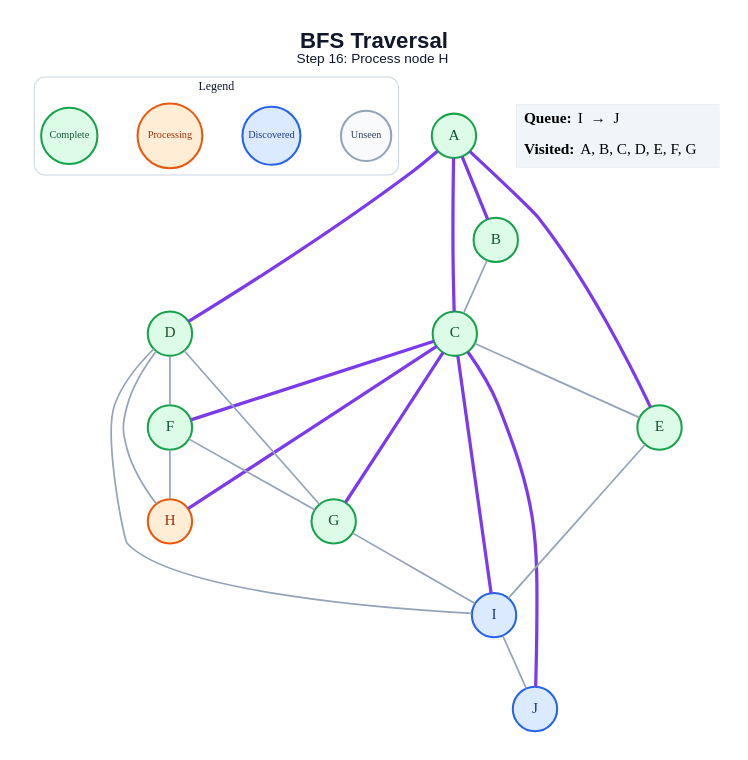
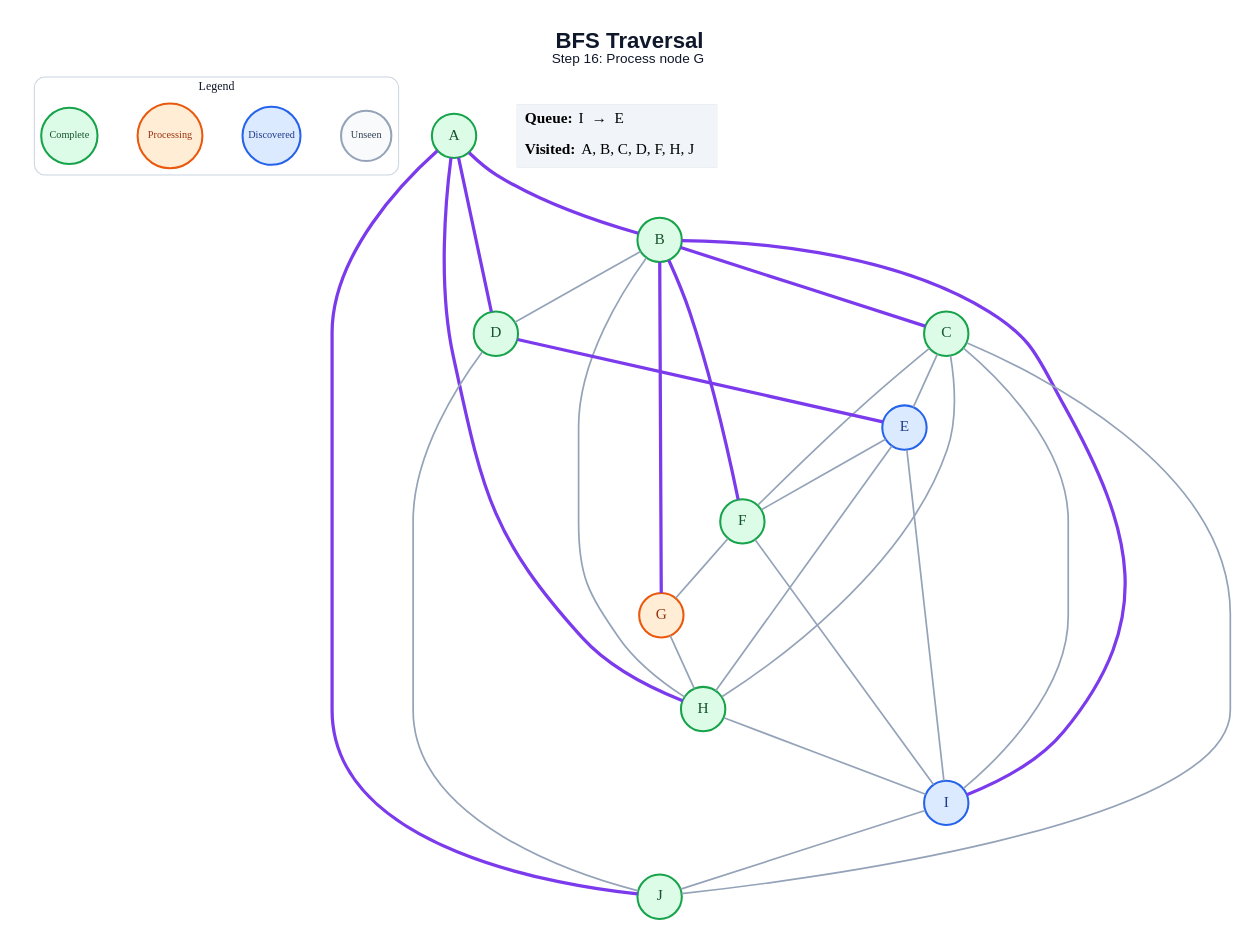
Before and after one commit to amanghodawala9/ai-slop: the diagram in generated/bfs/step_16.dot, drawn with Graphviz. The commit also changed 178 other files, not shown here.

```diff
--- a/generated/bfs/step_16.dot
+++ b/generated/bfs/step_16.dot
@@ -1,49 +1,54 @@
 graph traversal {
   graph [layout=dot, rankdir=TB, bgcolor="#FFFFFF", pad="0.35", nodesep="0.65", ranksep="0.8", fontname="Arial"];
   node [shape=circle, style="filled", fontname="Arial Bold", fontsize=18, width=0.72, fixedsize=true, penwidth=2.4];
   edge [color="#94A3B8", penwidth=2.0];
-  label=<<B>BFS Traversal</B><BR/><FONT POINT-SIZE="16">Step 16: Process node H</FONT>>; labelloc="t"; fontsize=26; fontname="Arial"; fontcolor="#0F172A";
+  label=<<B>BFS Traversal</B><BR/><FONT POINT-SIZE="16">Step 16: Process node G</FONT>>; labelloc="t"; fontsize=26; fontname="Arial"; fontcolor="#0F172A";
   subgraph cluster_legend { label="Legend"; color="#CBD5E1"; penwidth=1.2; style="rounded"; fontsize=14; fontname="Arial Bold";
     key_unseen [label="Unseen", fillcolor="#F8FAFC", color="#94A3B8", fontcolor="#334155", fontsize=12, width=0.82];
     key_frontier [label="Discovered", fillcolor="#DBEAFE", color="#2563EB", fontcolor="#1E3A8A", fontsize=12, width=0.95];
     key_current [label="Processing", fillcolor="#FFEDD5", color="#EA580C", fontcolor="#9A3412", fontsize=12, width=1.05];
     key_done [label="Complete", fillcolor="#DCFCE7", color="#16A34A", fontcolor="#14532D", fontsize=12, width=0.92];
     { rank=same; key_unseen; key_frontier; key_current; key_done; }
   }
   A [fillcolor="#DCFCE7", color="#16A34A", fontcolor="#14532D"];
   B [fillcolor="#DCFCE7", color="#16A34A", fontcolor="#14532D"];
   C [fillcolor="#DCFCE7", color="#16A34A", fontcolor="#14532D"];
   D [fillcolor="#DCFCE7", color="#16A34A", fontcolor="#14532D"];
-  E [fillcolor="#DCFCE7", color="#16A34A", fontcolor="#14532D"];
+  E [fillcolor="#DBEAFE", color="#2563EB", fontcolor="#1E3A8A"];
   F [fillcolor="#DCFCE7", color="#16A34A", fontcolor="#14532D"];
-  G [fillcolor="#DCFCE7", color="#16A34A", fontcolor="#14532D"];
-  H [fillcolor="#FFEDD5", color="#EA580C", fontcolor="#9A3412"];
+  G [fillcolor="#FFEDD5", color="#EA580C", fontcolor="#9A3412"];
+  H [fillcolor="#DCFCE7", color="#16A34A", fontcolor="#14532D"];
   I [fillcolor="#DBEAFE", color="#2563EB", fontcolor="#1E3A8A"];
-  J [fillcolor="#DBEAFE", color="#2563EB", fontcolor="#1E3A8A"];
+  J [fillcolor="#DCFCE7", color="#16A34A", fontcolor="#14532D"];
   A -- B [color="#7C3AED", penwidth=3.8];
-  A -- C [color="#7C3AED", penwidth=3.8];
   A -- D [color="#7C3AED", penwidth=3.8];
-  A -- E [color="#7C3AED", penwidth=3.8];
-  B -- C;
+  A -- H [color="#7C3AED", penwidth=3.8];
+  A -- J [color="#7C3AED", penwidth=3.8];
+  B -- C [color="#7C3AED", penwidth=3.8];
+  B -- D;
+  B -- F [color="#7C3AED", penwidth=3.8];
+  B -- G [color="#7C3AED", penwidth=3.8];
+  B -- H;
+  B -- I [color="#7C3AED", penwidth=3.8];
   C -- E;
-  C -- F [color="#7C3AED", penwidth=3.8];
-  C -- G [color="#7C3AED", penwidth=3.8];
-  C -- H [color="#7C3AED", penwidth=3.8];
-  C -- I [color="#7C3AED", penwidth=3.8];
-  C -- J [color="#7C3AED", penwidth=3.8];
-  D -- F;
-  D -- G;
-  D -- H;
-  D -- I;
+  C -- F;
+  C -- H;
+  C -- I;
+  C -- J;
+  D -- E [color="#7C3AED", penwidth=3.8];
+  D -- J;
+  E -- F;
+  E -- H;
   E -- I;
   F -- G;
-  F -- H;
-  G -- I;
+  F -- I;
+  G -- H;
+  H -- I;
   I -- J;
   status [shape=plain, fixedsize=false, width=0, height=0, margin=0, label=<
     <TABLE BORDER="0" CELLBORDER="0" CELLPADDING="7" BGCOLOR="#F1F5F9">
-      <TR><TD ALIGN="LEFT"><B>Queue:</B> I  →  J</TD></TR>
-      <TR><TD ALIGN="LEFT"><B>Visited:</B> A, B, C, D, E, F, G</TD></TR>
+      <TR><TD ALIGN="LEFT"><B>Queue:</B> I  →  E</TD></TR>
+      <TR><TD ALIGN="LEFT"><B>Visited:</B> A, B, C, D, F, H, J</TD></TR>
     </TABLE>
   >];
 }
```
